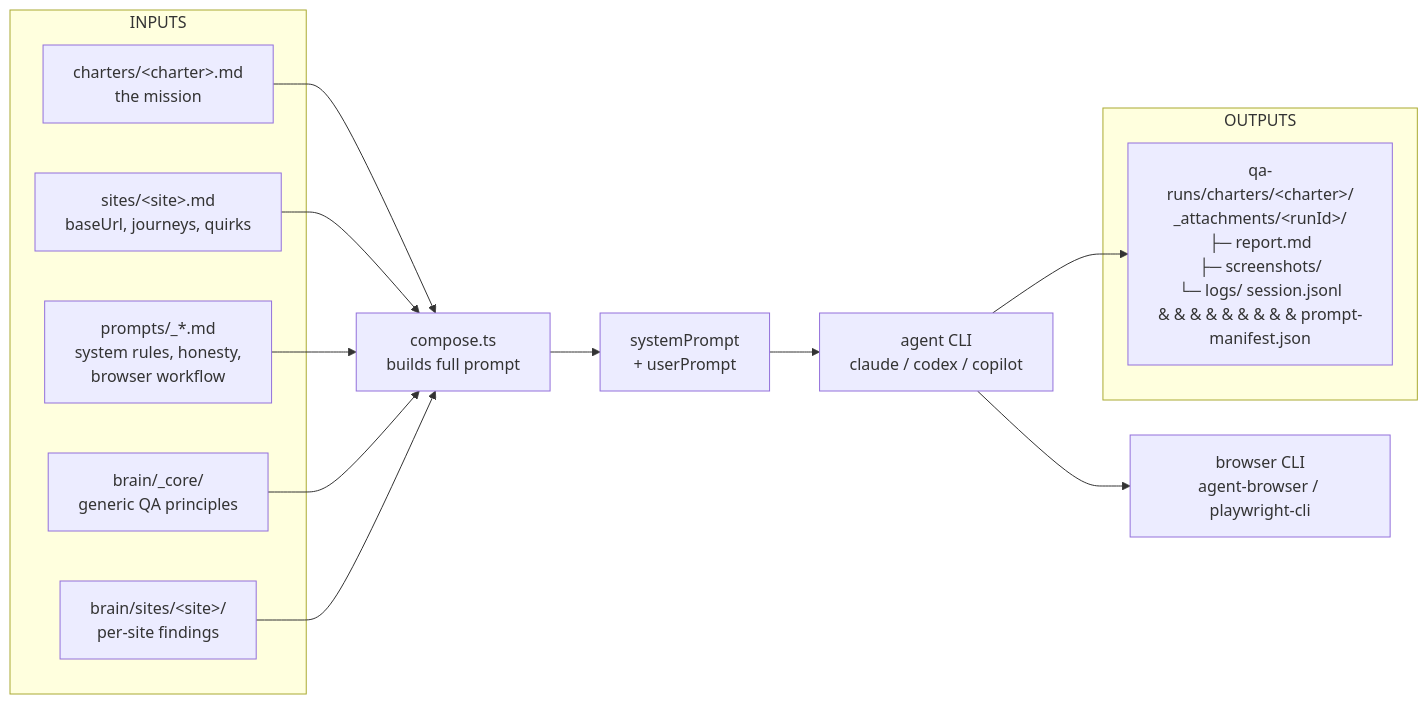
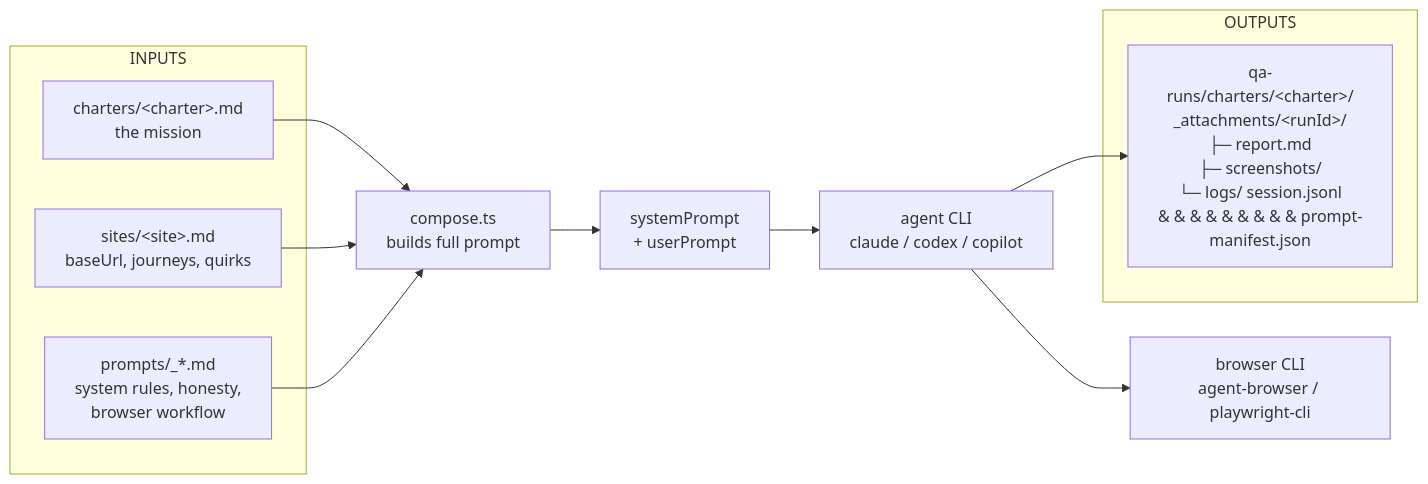
Before and after one commit to alexanderop/explore-qa: the second of 3 diagrams in README.md, drawn with Mermaid. The commit also changed other lines of this file and 40 other files, not shown here.

````diff
--- a/README.md
+++ b/README.md
@@ -81,27 +81,23 @@
 ```mermaid
 flowchart LR
     subgraph INPUTS
         c[charters/&lt;charter&gt;.md<br/>the mission]
         s[sites/&lt;site&gt;.md<br/>baseUrl, journeys, quirks]
         p[prompts/_*.md<br/>system rules, honesty,<br/>browser workflow]
-        bc[brain/_core/<br/>generic QA principles]
-        bs[brain/sites/&lt;site&gt;/<br/>per-site findings]
     end
 
     compose[compose.ts<br/>builds full prompt]
     sp[systemPrompt<br/>+ userPrompt]
     agent[agent CLI<br/>claude / codex / copilot]
     browser[browser CLI<br/>agent-browser / playwright-cli]
 
     subgraph OUTPUTS
         runs[qa-runs/charters/&lt;charter&gt;/<br/>_attachments/&lt;runId&gt;/<br/>├─ report.md<br/>├─ screenshots/<br/>└─ logs/ session.jsonl<br/>&#160;&#160;&#160;&#160;&#160;&#160;&#160;&#160;&#160;prompt-manifest.json]
     end
 
     c --> compose
     s --> compose
     p --> compose
-    bc --> compose
-    bs --> compose
     compose --> sp --> agent --> browser
     agent --> runs
 ```
````
